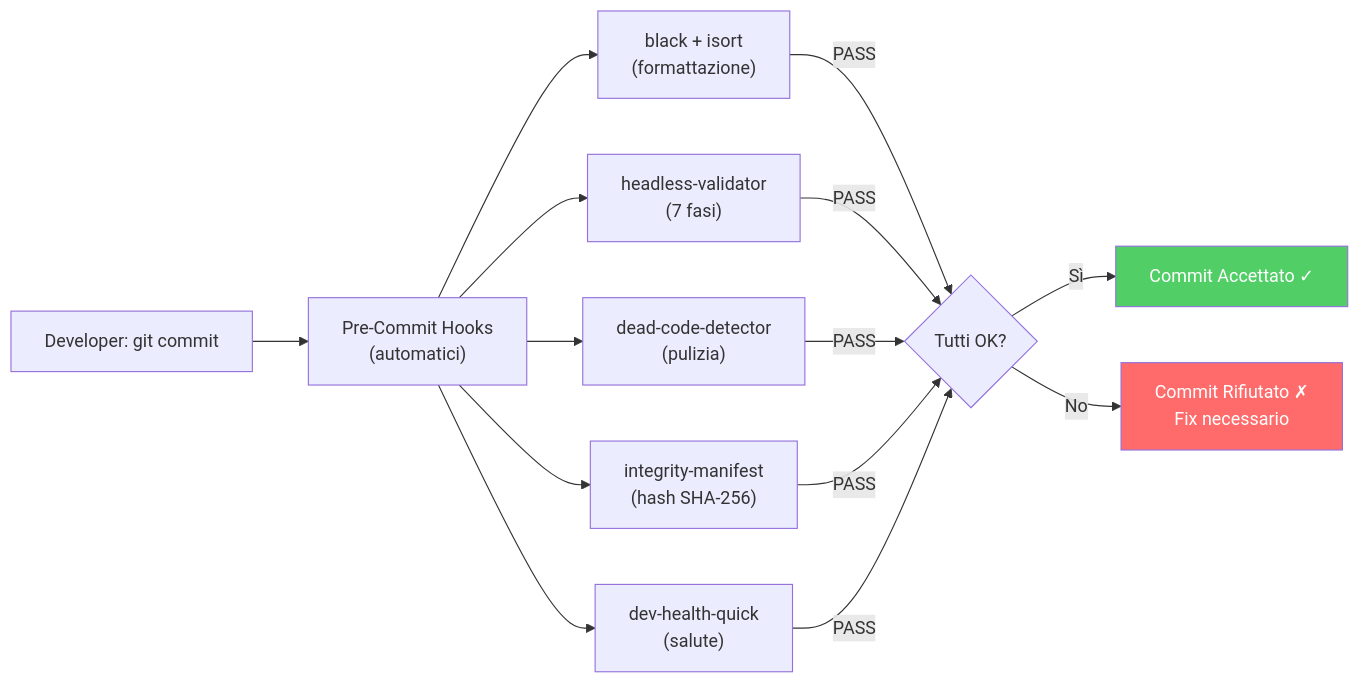
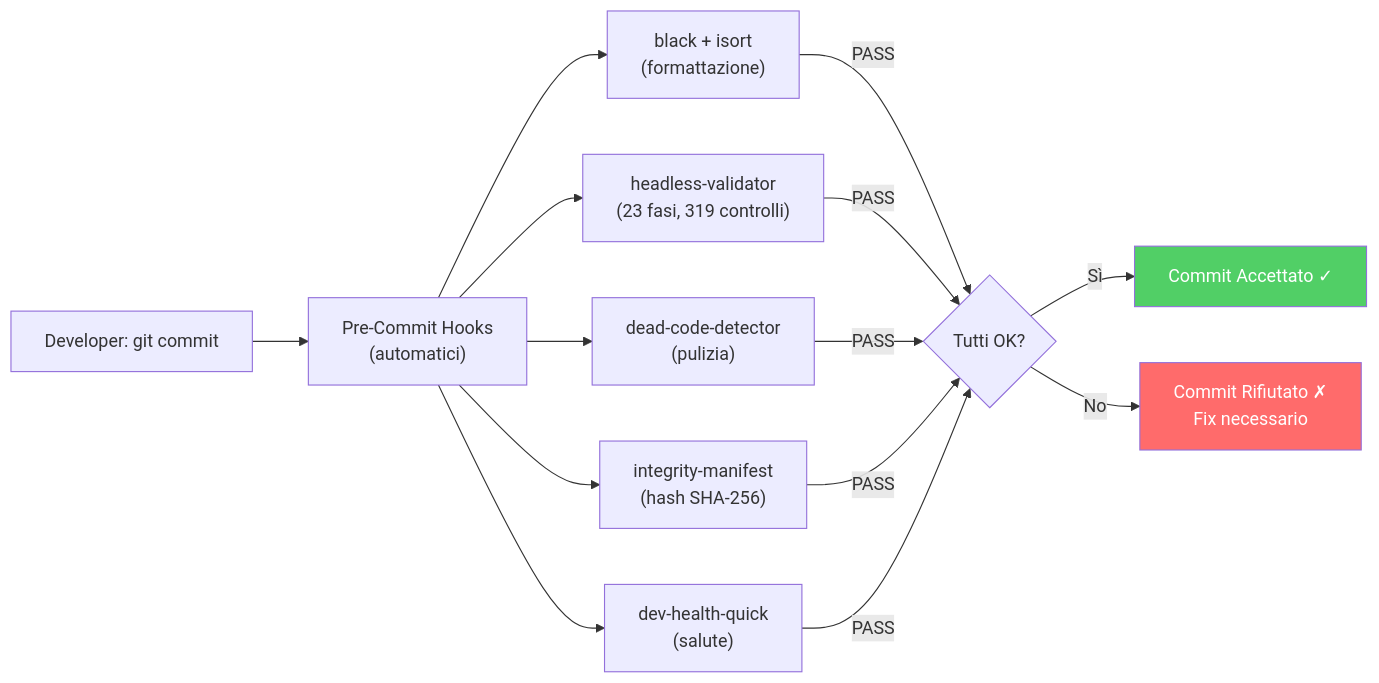
Before and after one commit to renanaugustomacena-ux/Counter-Strike-coach-AI: diagram 46 of 55 in docs/Book-Coach-3.md, drawn with Mermaid. The commit also changed other lines of this file and 115 other files, not shown here.

````diff
--- a/docs/Book-Coach-3.md
+++ b/docs/Book-Coach-3.md
@@ -2464,19 +2464,19 @@
 ```mermaid
 flowchart LR
     DEV["Developer: git commit"]
     DEV --> HOOKS["Pre-Commit Hooks<br/>(automatici)"]
     HOOKS --> BF["black + isort<br/>(formattazione)"]
-    HOOKS --> VALID["headless-validator<br/>(7 fasi)"]
+    HOOKS --> VALID["headless-validator<br/>(23 fasi, 319 controlli)"]
     HOOKS --> DEAD["dead-code-detector<br/>(pulizia)"]
     HOOKS --> INTEG["integrity-manifest<br/>(hash SHA-256)"]
     HOOKS --> HEALTH["dev-health-quick<br/>(salute)"]
     BF -->|"PASS"| OK{"Tutti OK?"}
     VALID -->|"PASS"| OK
     DEAD -->|"PASS"| OK
     INTEG -->|"PASS"| OK
     HEALTH -->|"PASS"| OK
     OK -->|"Sì"| COMMIT["Commit Accettato ✓"]
     OK -->|"No"| REJECT["Commit Rifiutato ✗<br/>Fix necessario"]
     style COMMIT fill:#51cf66,color:#fff
     style REJECT fill:#ff6b6b,color:#fff
 ```
````
